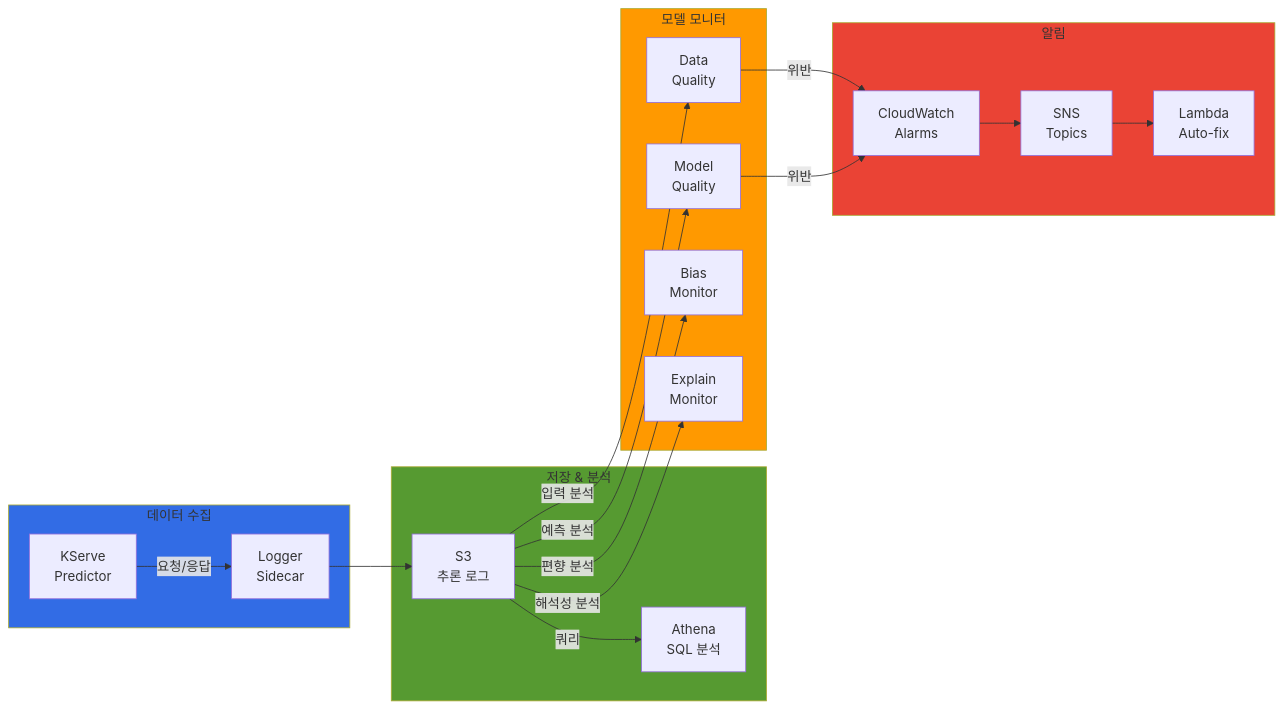
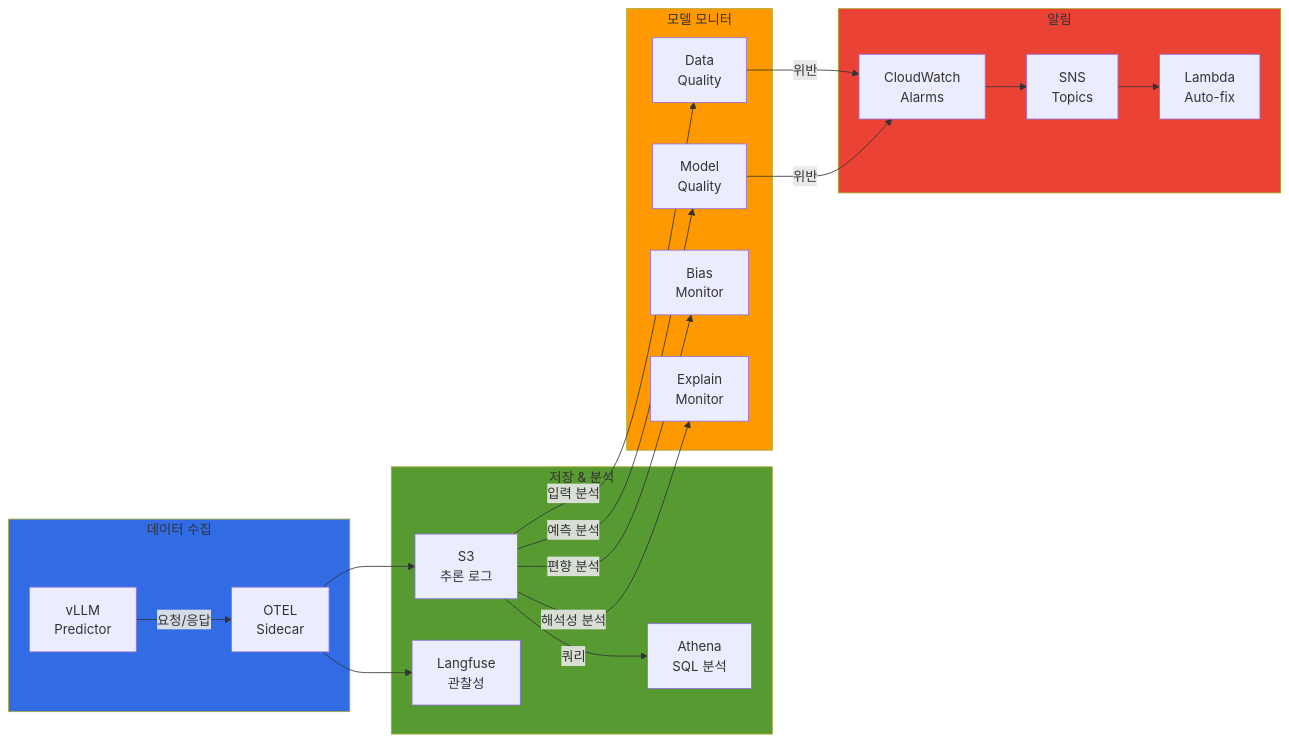
The fourth of 4 diagrams in docs/agentic-ai-platform/operations-mlops/sagemaker-eks-integration.md (devfloor9/engineering-playbook), drawn with Mermaid before and after one commit. The commit also changed other lines of this file and 21 other files, not shown here.

````diff
--- a/docs/agentic-ai-platform/operations-mlops/sagemaker-eks-integration.md
+++ b/docs/agentic-ai-platform/operations-mlops/sagemaker-eks-integration.md
@@ -830,45 +892,47 @@
 ```mermaid
 flowchart LR
     subgraph Collection["데이터 수집"]
-        KSERVE[KServe<br/>Predictor]
-        LOGGER[Logger<br/>Sidecar]
+        VLLM[vLLM<br/>Predictor]
+        OTEL[OTEL<br/>Sidecar]
     end
 
     subgraph Storage["저장 & 분석"]
         S3_LOGS[S3<br/>추론 로그]
+        LANGFUSE[Langfuse<br/>관찰성]
         ATHENA[Athena<br/>SQL 분석]
     end
 
     subgraph Monitor["모델 모니터"]
         DATA_QUALITY[Data<br/>Quality]
         MODEL_QUALITY[Model<br/>Quality]
         BIAS[Bias<br/>Monitor]
         EXPLAINABILITY[Explain<br/>Monitor]
     end
 
     subgraph Alert["알림"]
         CW_ALARMS[CloudWatch<br/>Alarms]
         SNS[SNS<br/>Topics]
         LAMBDA[Lambda<br/>Auto-fix]
     end
 
-    KSERVE -->|요청/응답| LOGGER
-    LOGGER --> S3_LOGS
+    VLLM -->|요청/응답| OTEL
+    OTEL --> LANGFUSE
+    OTEL --> S3_LOGS
 
     S3_LOGS -->|입력 분석| DATA_QUALITY
     S3_LOGS -->|예측 분석| MODEL_QUALITY
     S3_LOGS -->|편향 분석| BIAS
     S3_LOGS -->|해석성 분석| EXPLAINABILITY
 
     S3_LOGS -->|쿼리| ATHENA
 
     DATA_QUALITY -->|위반| CW_ALARMS
     MODEL_QUALITY -->|위반| CW_ALARMS
     CW_ALARMS --> SNS
     SNS --> LAMBDA
 
     style Collection fill:#326ce5
     style Storage fill:#569a31
     style Monitor fill:#ff9900
     style Alert fill:#ea4335
 ```
````
